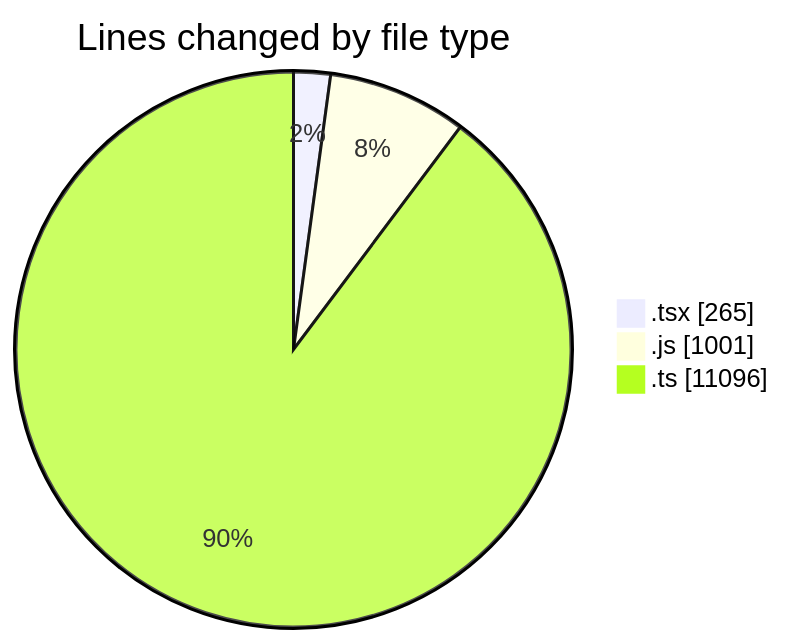
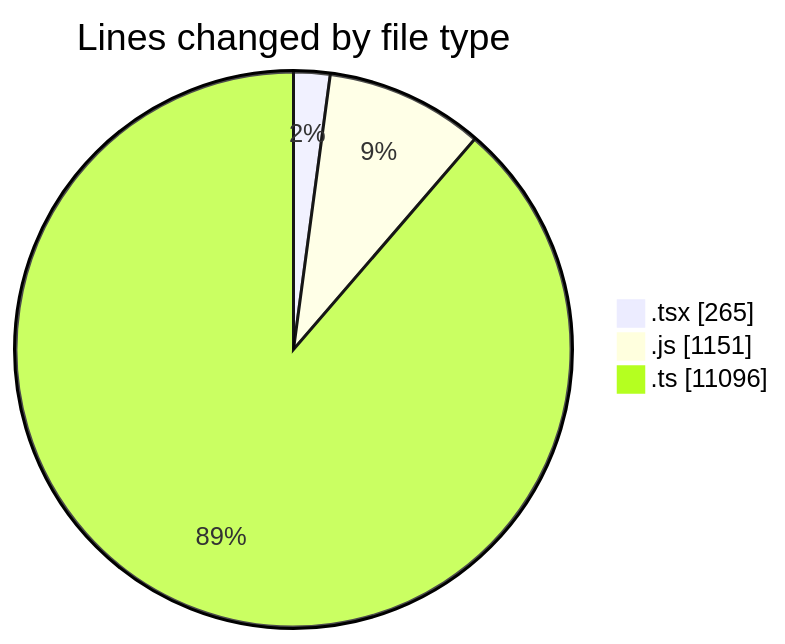
One commit to momahboobian/code-tracking changed the first of 2 diagrams in 2026-04-09/cda/README.md. Above: the diagram before and after it, drawn with Mermaid. The commit also changed other lines of this file and 1 other file, not shown here.

````diff
--- a/2026-04-09/cda/README.md
+++ b/2026-04-09/cda/README.md
@@ -25,7 +25,7 @@
 ```mermaid
 pie showData
 title Lines changed by file type
 ".tsx" : 265
-".js" : 1001
+".js" : 1151
 ".ts" : 11096
 ```
````
